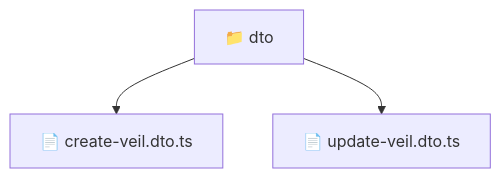
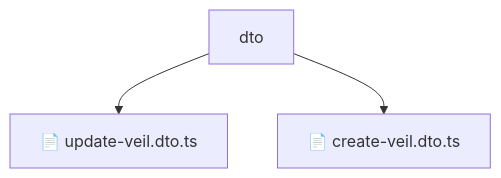
Before and after one commit to beginwebdev2002/fullstack-mavluda: the diagram in backend/src/modules/veil/presentation/dto/README.md, drawn with Mermaid. The commit also changed other lines of this file and 155 other files, not shown here.

````diff
--- a/backend/src/modules/veil/presentation/dto/README.md
+++ b/backend/src/modules/veil/presentation/dto/README.md
@@ -10,6 +14,6 @@
 ```mermaid
 graph TD
-  Root["📁 dto"]
-  Root --> createveildtots["📄 create-veil.dto.ts"]
-  Root --> updateveildtots["📄 update-veil.dto.ts"]
+    Root[dto]
+    Root --> F0[📄 update-veil.dto.ts]
+    Root --> F1[📄 create-veil.dto.ts]
 ```
````
